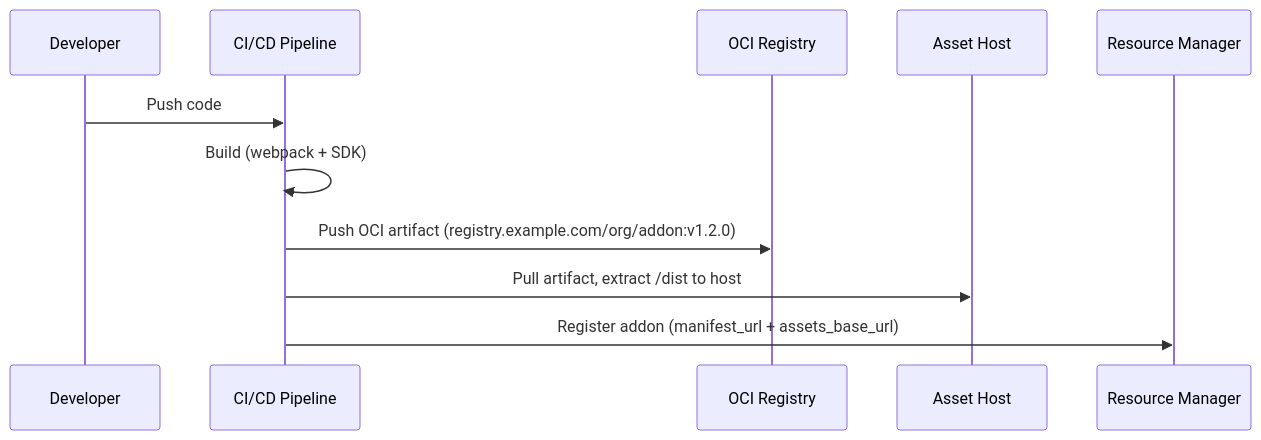
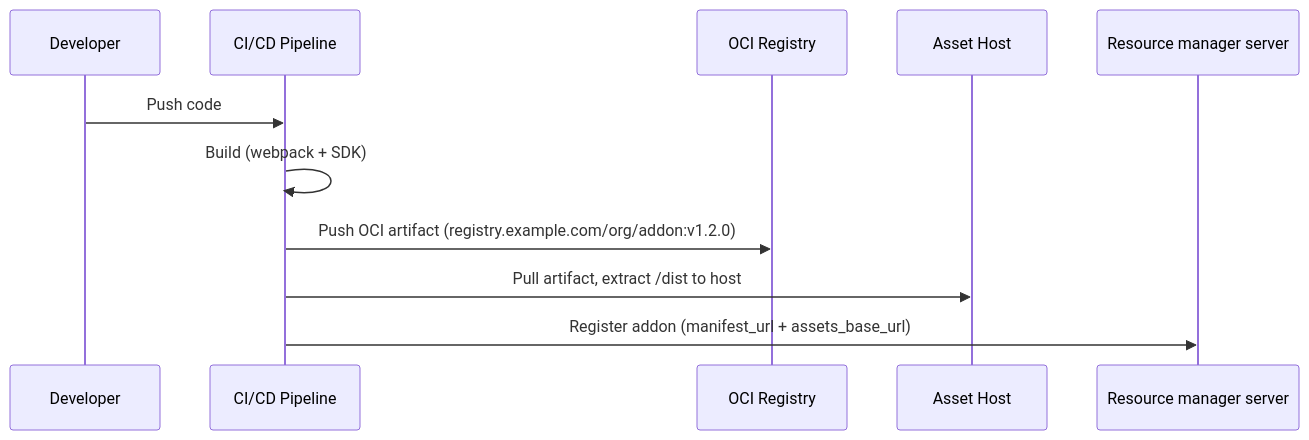
One commit to fleetshift/fleetshift-poc changed the fifth of 11 diagrams in docs/design/addon-ui-architecture.md. Above: the diagram before and after it, drawn with Mermaid. The commit also changed other lines of this file and 139 other files, not shown here.

Commit message:
Clarify platform, architecture, and resource manager terminology

````diff
--- a/docs/design/addon-ui-architecture.md
+++ b/docs/design/addon-ui-architecture.md
@@ -397,14 +397,14 @@
 ```mermaid
 sequenceDiagram
     participant Dev as Developer
     participant CI as CI/CD Pipeline
     participant Registry as OCI Registry
     participant Host as Asset Host
-    participant Engine as Resource Manager
+    participant Engine as Resource manager server
 
     Dev->>CI: Push code
     CI->>CI: Build (webpack + SDK)
     CI->>Registry: Push OCI artifact (registry.example.com/org/addon:v1.2.0)
     CI->>Host: Pull artifact, extract /dist to host
     CI->>Engine: Register addon (manifest_url + assets_base_url)
 ```
````
